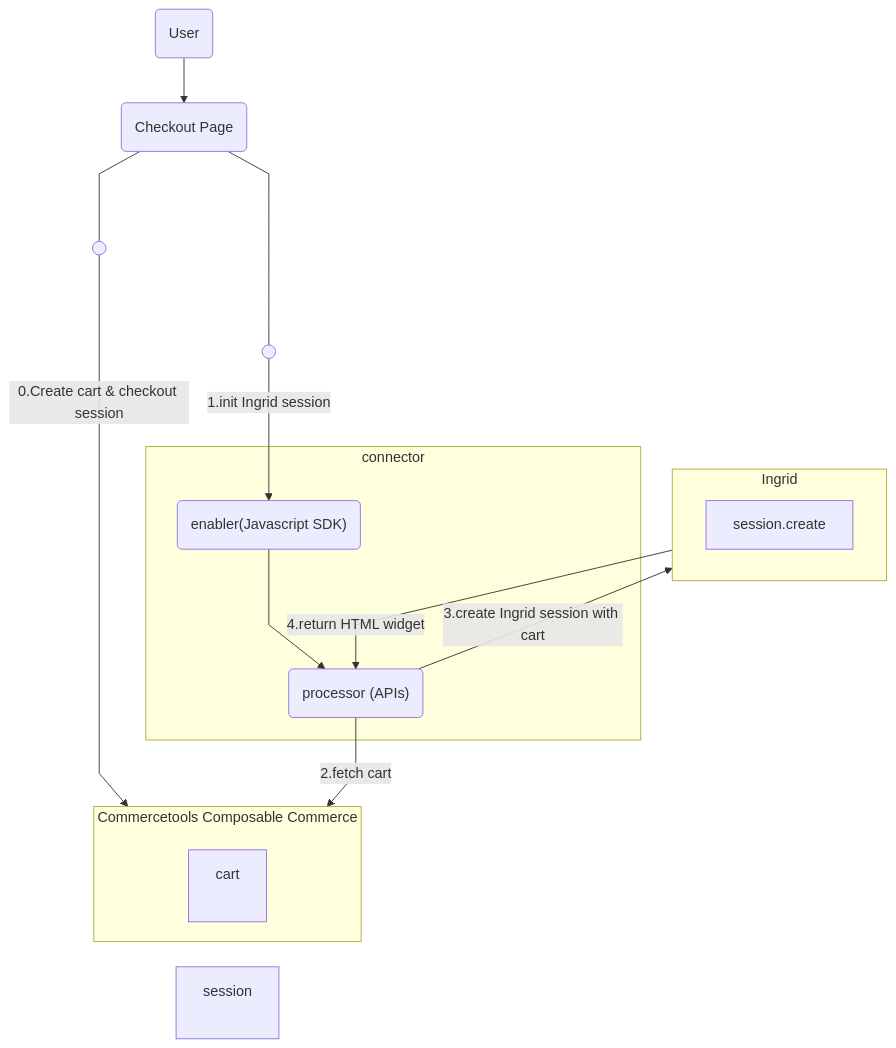
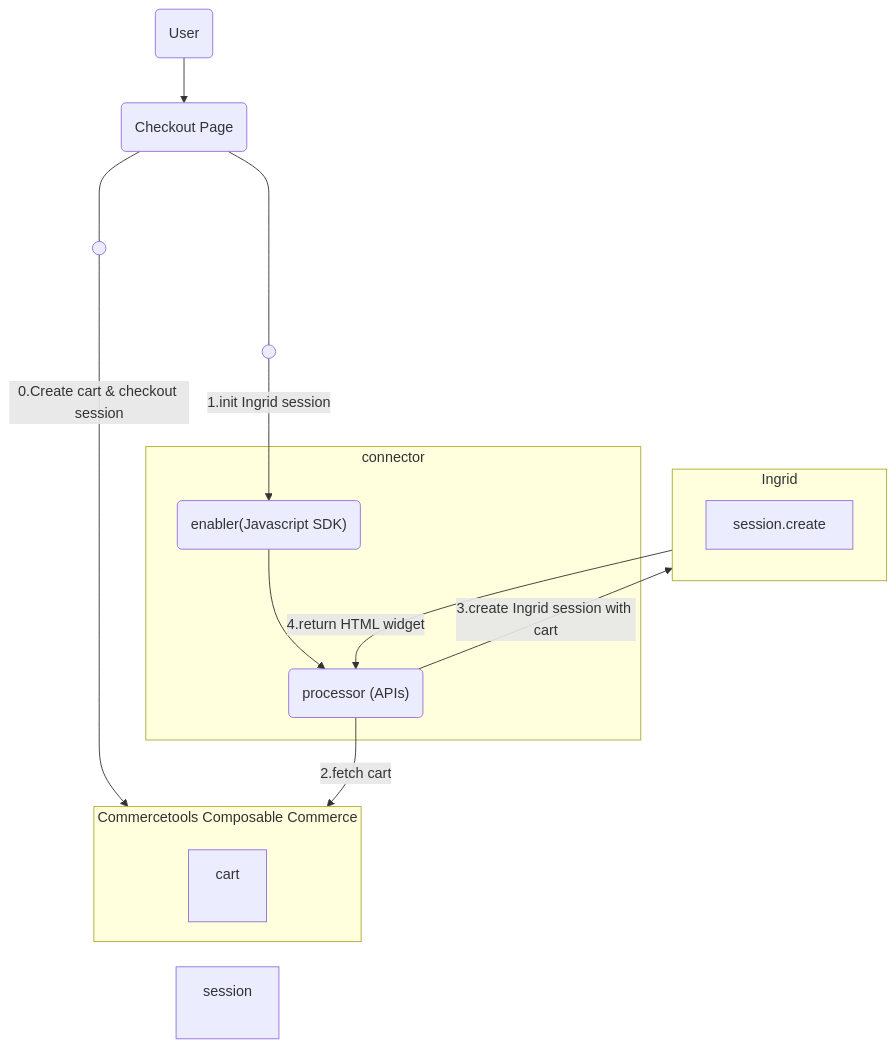
The first of 3 diagrams in README.md (commercetools/connect-shipping-integration-ingrid), drawn with Mermaid before and after one commit. The commit also changed other lines of this file, not shown here.

Commit message:
doc: fix flowchart syntax

````diff
--- a/README.md
+++ b/README.md
@@ -17,28 +17,28 @@
 ```mermaid
-%%{ init : { "theme" : "", "flowchart" : { "defaultRenderer": "dagre-wrapper", "curve" : "linear" }}}%%
+
 flowchart TD
     node1(( ))
     node2(( ))
     user("User")-->checkout("Checkout Page")
     subgraph connector
         enabler
         processor
     end
     subgraph coco["Commercetools Composable Commerce"]
         cart
         session
     end
     subgraph shipping["Ingrid"]
         session.create
     end
     checkout----node1
     
     node1--"0.Create cart & checkout session"------>coco
     
     checkout("Checkout Page")----node2
     processor("processor (APIs)")--"2.fetch cart"-->coco
     node2--"1.init Ingrid session"-->enabler("enabler(Javascript SDK)")-->processor("processor (APIs)")--"3.create Ingrid session with cart"-->shipping("Ingrid")--"4.return HTML widget"-->processor("processor (APIs)")
     style coco height:150
     style cart height:80, text-align:center
     style session height:80, text-align:center
 ```
````
